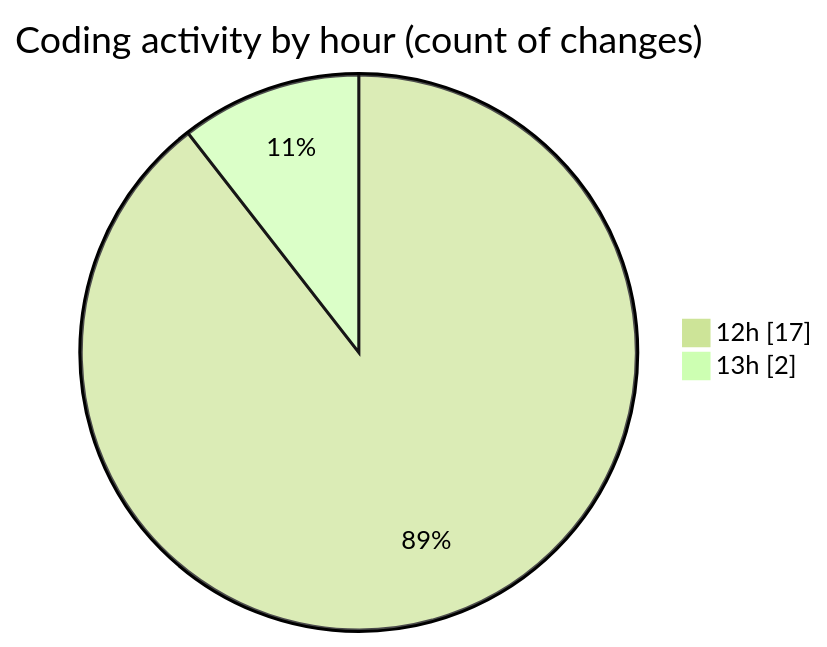
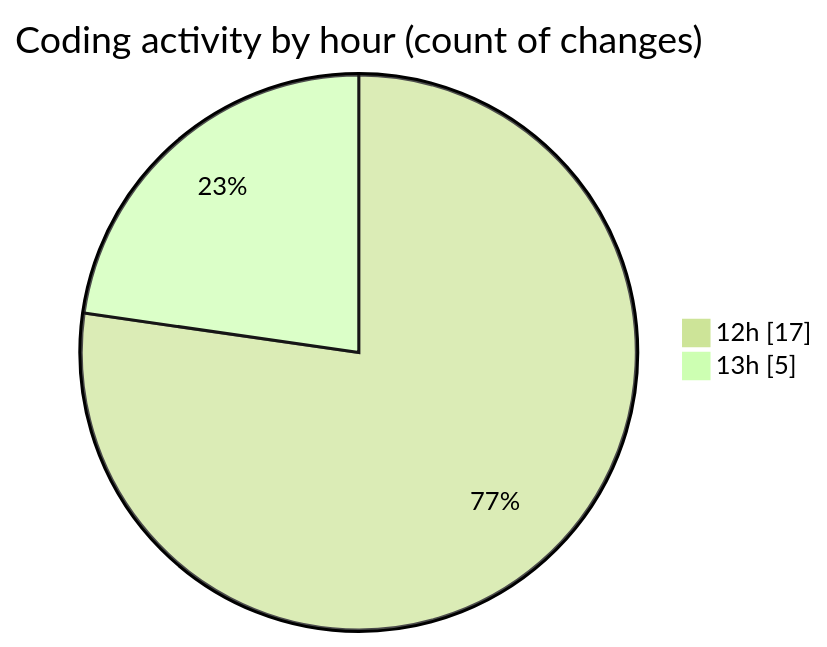
Before and after one commit to nxtqubesakshisongat/code-tracking: the second of 2 diagrams in 2026-03-04/nxtqube_webapp/README.md, drawn with Mermaid (forest theme). The commit also changed other lines of this file and 1 other file, not shown here.

````diff
--- a/2026-03-04/nxtqube_webapp/README.md
+++ b/2026-03-04/nxtqube_webapp/README.md
@@ -28,6 +28,6 @@
 ```mermaid
 pie showData
 title Coding activity by hour (count of changes)
 "12h" : 17
-"13h" : 2
+"13h" : 5
 ```
````
